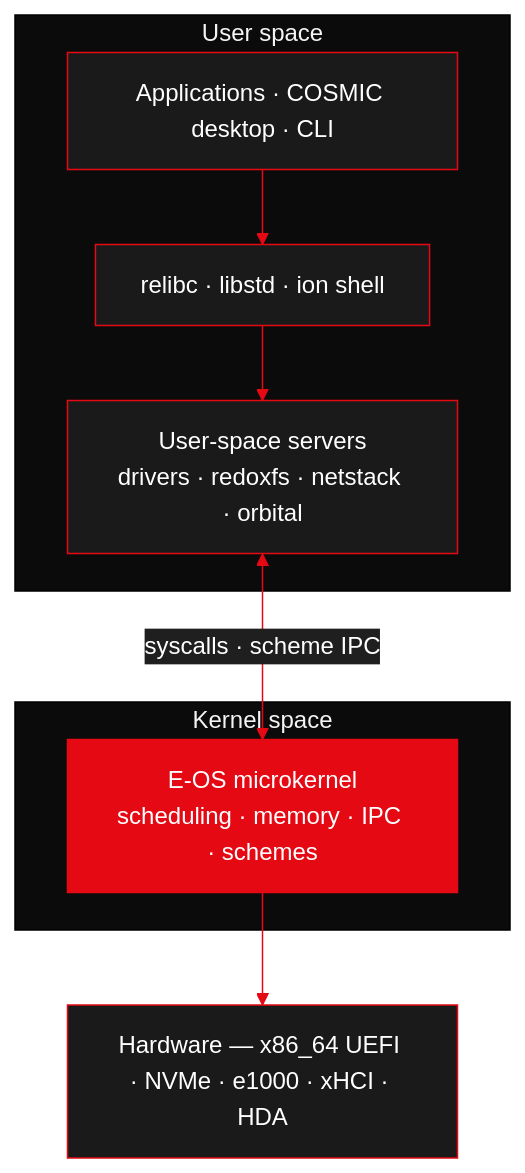
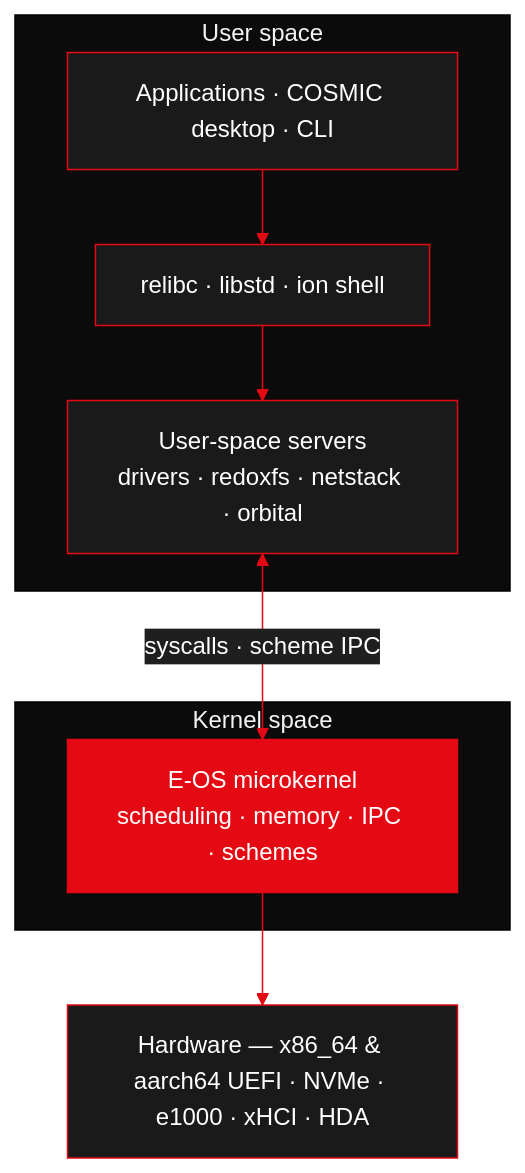
The first of 3 diagrams in README.md (Gh0s777tt/E-OS), drawn with Mermaid before and after one commit. The commit also changed other lines of this file and 2 other files, not shown here.

First line of the commit message:
docs: aarch64 + reproducibility status (ROADMAP/README) + aarch64 bootloader screenshot

````diff
--- a/README.md
+++ b/README.md
@@ -108,22 +108,22 @@
 ```mermaid
 %%{init: {'theme':'base','themeVariables':{'primaryColor':'#E50914','primaryTextColor':'#ffffff','primaryBorderColor':'#E50914','lineColor':'#E50914','secondaryColor':'#1f1f1f','tertiaryColor':'#0b0b0b','fontFamily':'Fira Code'}}}%%
 flowchart TD
     subgraph US["User space"]
         APPS["Applications · COSMIC desktop · CLI"]
         LIBS["relibc · libstd · ion shell"]
         SRV["User-space servers<br/>drivers · redoxfs · netstack · orbital"]
     end
     subgraph KS["Kernel space"]
         K["E-OS microkernel<br/>scheduling · memory · IPC · schemes"]
     end
-    HW["Hardware — x86_64 UEFI · NVMe · e1000 · xHCI · HDA"]
+    HW["Hardware — x86_64 &amp; aarch64 UEFI · NVMe · e1000 · xHCI · HDA"]
 
     APPS --> LIBS --> SRV
     SRV <-->|"syscalls · scheme IPC"| K
     K --> HW
 
     classDef red fill:#E50914,stroke:#E50914,color:#fff;
     classDef dark fill:#1a1a1a,stroke:#E50914,color:#fff;
     class K red;
     class APPS,LIBS,SRV,HW dark;
 ```
````
